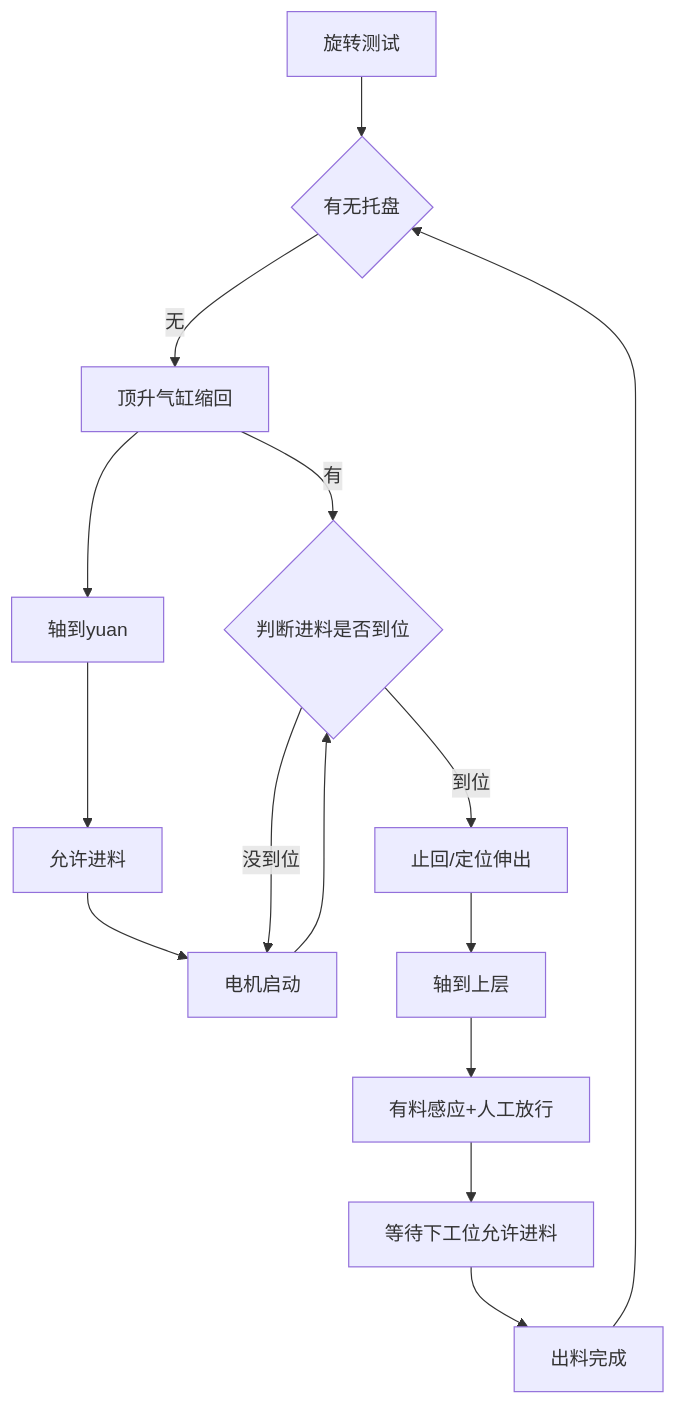
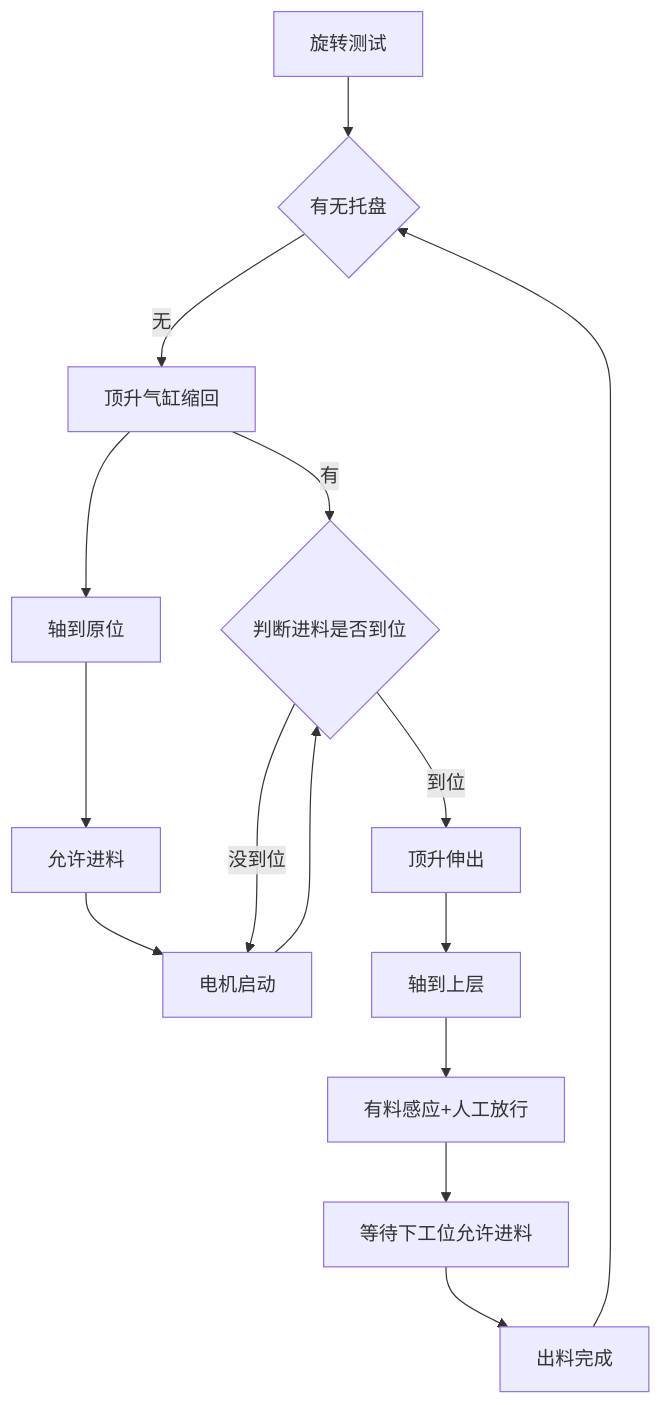
One commit to PengKun1/iodraw-files changed the diagram in all/旋转测试台.md. Above: the diagram before and after it, drawn with Mermaid.

Commit message:
2024-12-23 16:23:29 update

````diff
--- a/all/旋转测试台.md
+++ b/all/旋转测试台.md
@@ -1,17 +1,17 @@
 ```mermaid
 graph TD
 0[旋转测试]-->10
 10{有无托盘}-->|无|20
 20-->|有|50
 20[顶升气缸缩回]-->30
-30[轴到yuan]-->40
+30[轴到原位]-->40
 40[允许进料]-->45
 45[电机启动]-->50
 50{判断进料是否到位}-->|到位|60 
 50-->|没到位|45
-60[止回/定位伸出]-->70
+60[顶升伸出]-->70
 70[轴到上层]-->80
 80[有料感应+人工放行]-->90
 90[等待下工位允许进料]-->100
 100[出料完成]-->10
 ```
````
